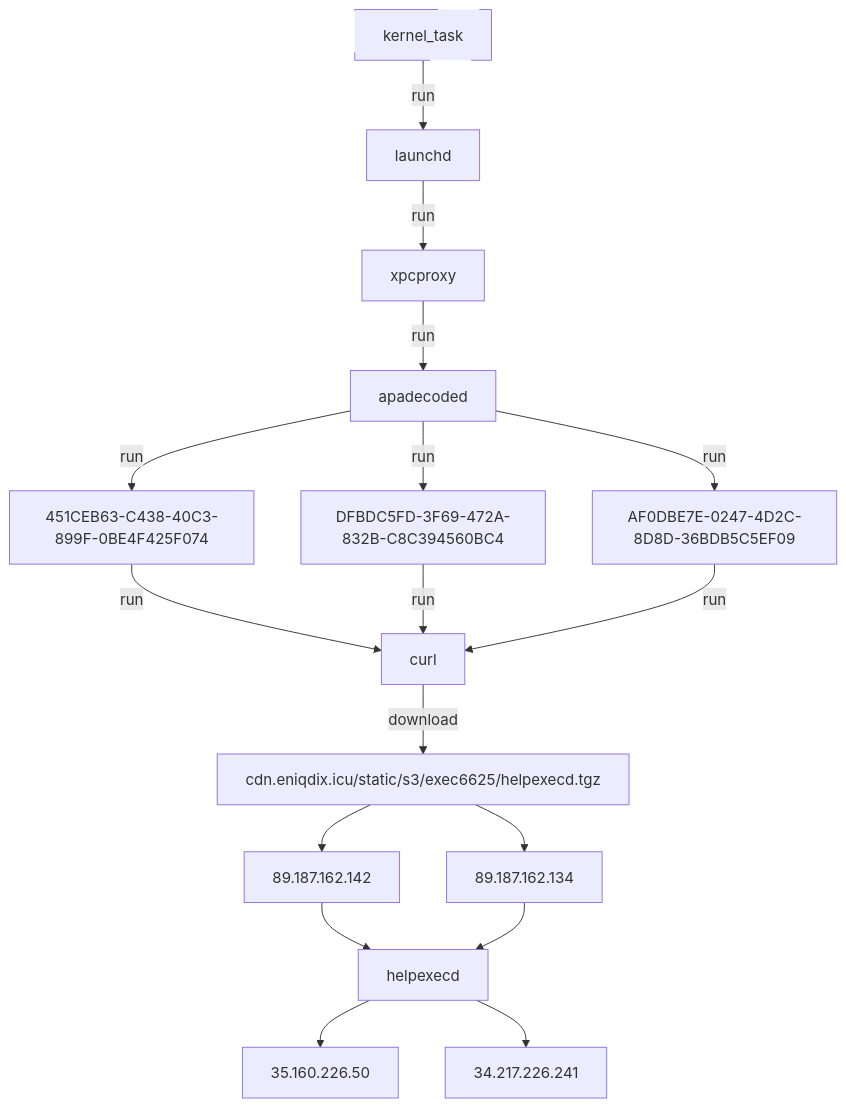
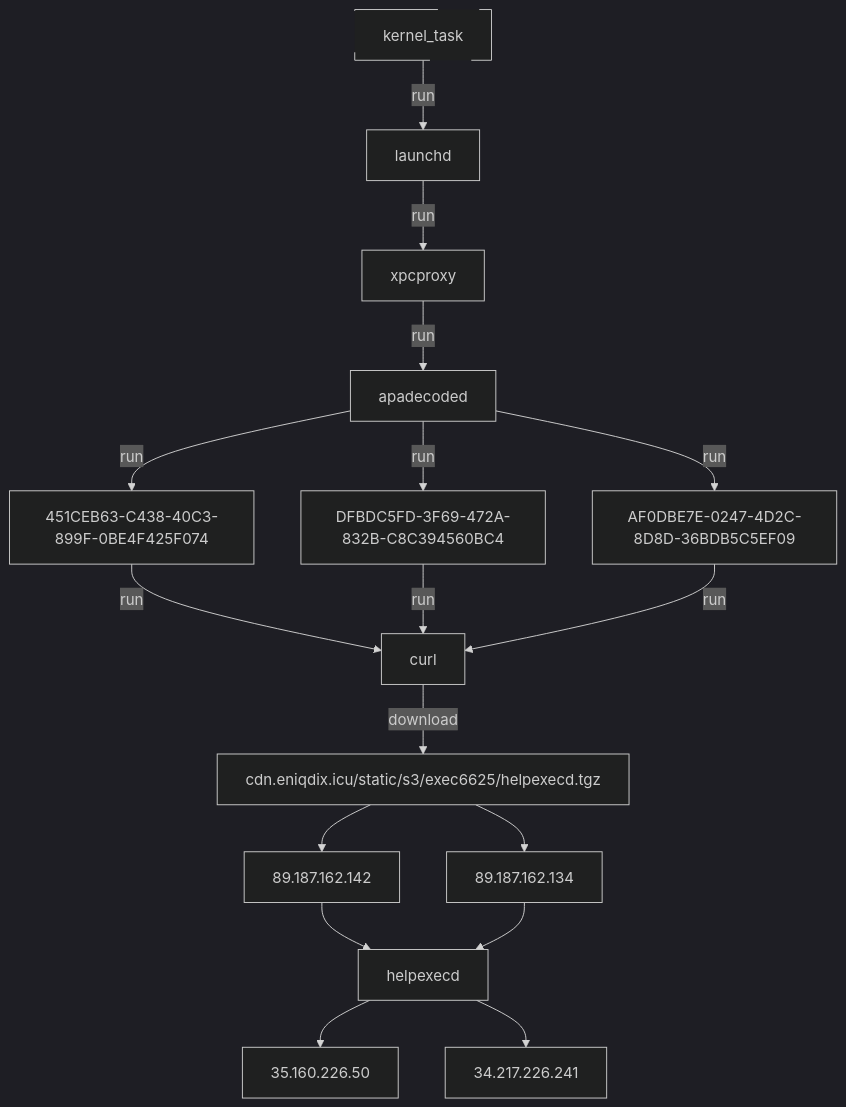
One commit to WildDogOne/DemonWareXT.github.io changed the diagram in _posts/2022-05-19-Mac-Malware.md. Above: the diagram before and after it, drawn with Mermaid.

Commit message:
adding new case

```diff
--- a/_posts/2022-05-19-Mac-Malware.md
+++ b/_posts/2022-05-19-Mac-Malware.md
@@ -48,20 +48,21 @@
 <div class="mermaid">
+%%{init: {'theme': 'dark'}}%%
 flowchart TD;
     kernel_task -->|run| launchd;
     launchd --> |run|xpcproxy;
     xpcproxy --> |run| apadecoded;
     apadecoded -->|run| 451CEB63-C438-40C3-899F-0BE4F425F074;
     apadecoded -->|run| DFBDC5FD-3F69-472A-832B-C8C394560BC4;
     apadecoded -->|run| AF0DBE7E-0247-4D2C-8D8D-36BDB5C5EF09;
     451CEB63-C438-40C3-899F-0BE4F425F074 -->|run| curl;
     DFBDC5FD-3F69-472A-832B-C8C394560BC4 -->|run| curl;
     AF0DBE7E-0247-4D2C-8D8D-36BDB5C5EF09 --> |run|curl;
     curl -->|download| cdn.eniqdix.icu/static/s3/exec6625/helpexecd.tgz;
     cdn.eniqdix.icu/static/s3/exec6625/helpexecd.tgz --> 89.187.162.142;
     cdn.eniqdix.icu/static/s3/exec6625/helpexecd.tgz --> 89.187.162.134;
     89.187.162.142 --> helpexecd;
     89.187.162.134 --> helpexecd;
     helpexecd --> 35.160.226.50;
     helpexecd --> 34.217.226.241;
     style kernel_task stroke-dasharray: 88.5 44
 </div>
```
